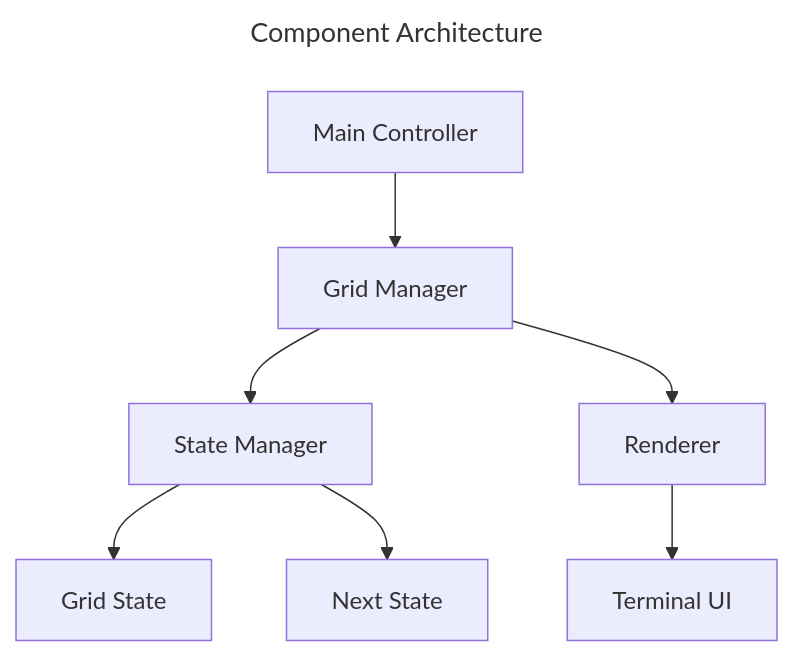
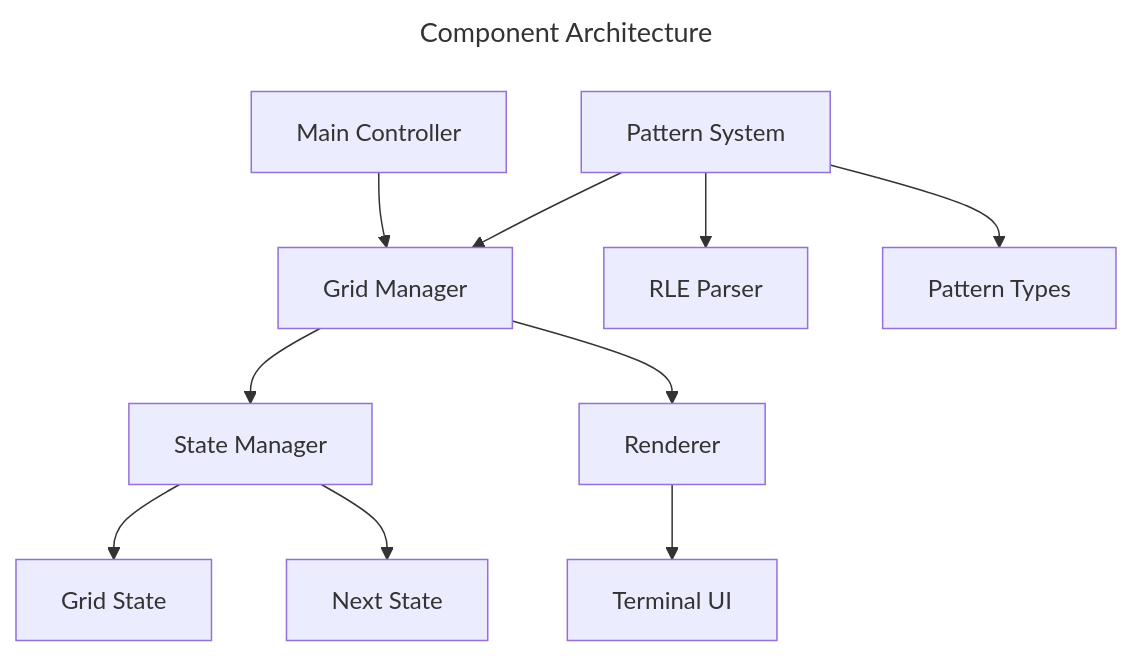
The first of 2 diagrams in specs/requirements.md (dewe/py-gol), drawn with Mermaid before and after one commit. The commit also changed other lines of this file and 4 other files, not shown here.

````diff
--- a/specs/requirements.md
+++ b/specs/requirements.md
@@ -75,12 +76,15 @@
 ```mermaid
 ---
 title: Component Architecture
 ---
 graph TD
     A[Main Controller] --> B[Grid Manager]
     B --> C[State Manager]
     B --> D[Renderer]
     C --> E[Grid State]
     C --> F[Next State]
     D --> H[Terminal UI]
+    I[Pattern System] --> B
+    I --> J[RLE Parser]
+    I --> K[Pattern Types]
 ```
````
